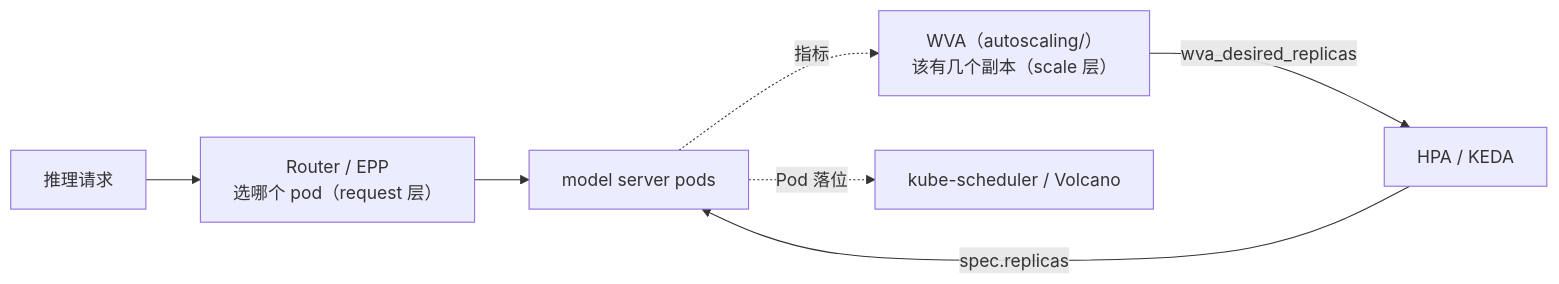
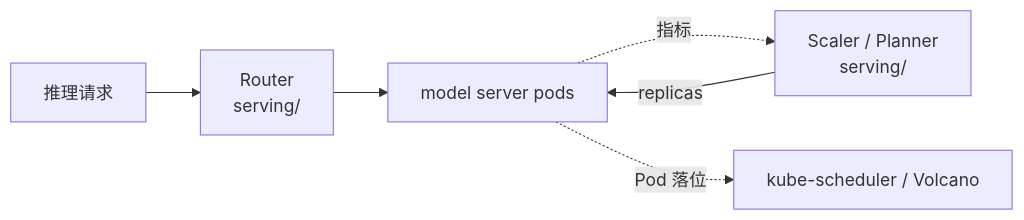
The first of 2 diagrams in scheduling/README.md (songkane/llm-learning), drawn with Mermaid before and after one commit. The commit also changed other lines of this file and 35 other files, not shown here.

````diff
--- a/scheduling/README.md
+++ b/scheduling/README.md
@@ -27,9 +30,8 @@
 ```mermaid
 flowchart LR
-    R["推理请求"] --> E["Router / EPP<br/>选哪个 pod（request 层）"]
+    R["推理请求"] --> E["Router<br/>serving/"]
     E --> P["model server pods"]
-    P -.指标.-> W["WVA（autoscaling/）<br/>该有几个副本（scale 层）"]
-    W -->|wva_desired_replicas| H["HPA / KEDA"]
-    H -->|spec.replicas| P
+    P -.指标.-> W["Scaler / Planner<br/>serving/"]
+    W -->|replicas| P
     P -.->|Pod 落位| S["kube-scheduler / Volcano"]
 ```
````
